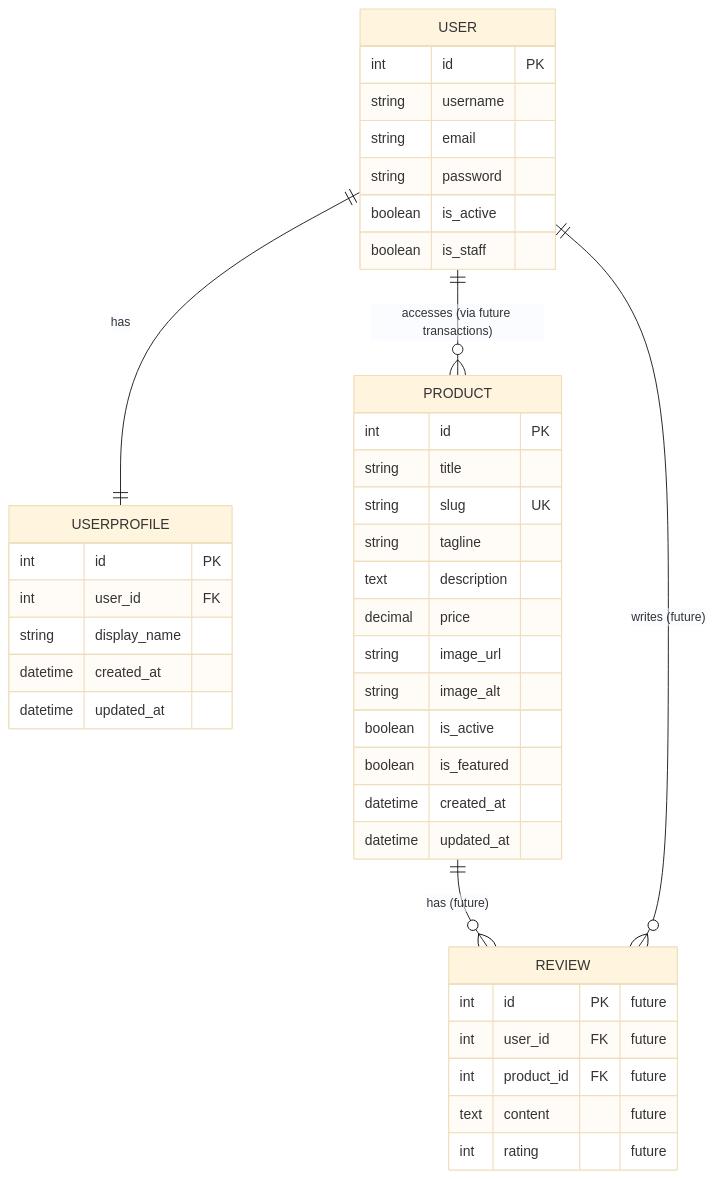
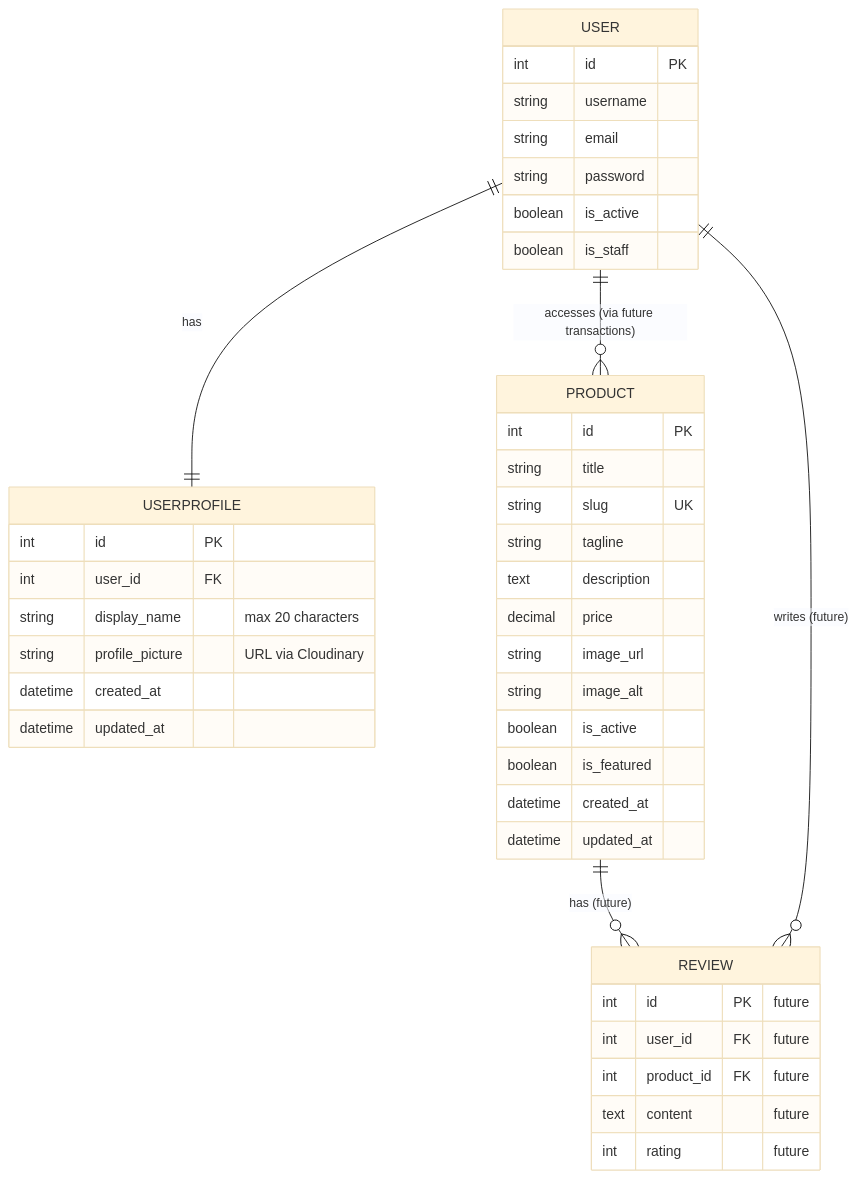
One commit to Drake-Designer/The-Elysium-Archive changed the diagram in README.md. Above: the diagram before and after it, drawn with Mermaid (base theme). The commit also changed other lines of this file and 5 other files, not shown here.

````diff
--- a/README.md
+++ b/README.md
@@ -565,47 +576,48 @@
 ```mermaid
 erDiagram
     USER ||--|| USERPROFILE : has
     USER ||--o{ PRODUCT : "accesses (via future transactions)"
     PRODUCT ||--o{ REVIEW : "has (future)"
     USER ||--o{ REVIEW : "writes (future)"
 
     USERPROFILE {
         int id PK
         int user_id FK
-        string display_name
+        string display_name "max 20 characters"
+        string profile_picture "URL via Cloudinary"
         datetime created_at
         datetime updated_at
     }
 
     USER {
         int id PK
         string username
         string email
         string password
         boolean is_active
         boolean is_staff
     }
 
     PRODUCT {
         int id PK
         string title
         string slug UK
         string tagline
         text description
         decimal price
         string image_url
         string image_alt
         boolean is_active
         boolean is_featured
         datetime created_at
         datetime updated_at
     }
 
     REVIEW {
         int id PK "future"
         int user_id FK "future"
         int product_id FK "future"
         text content "future"
         int rating "future"
     }
 ```
````
